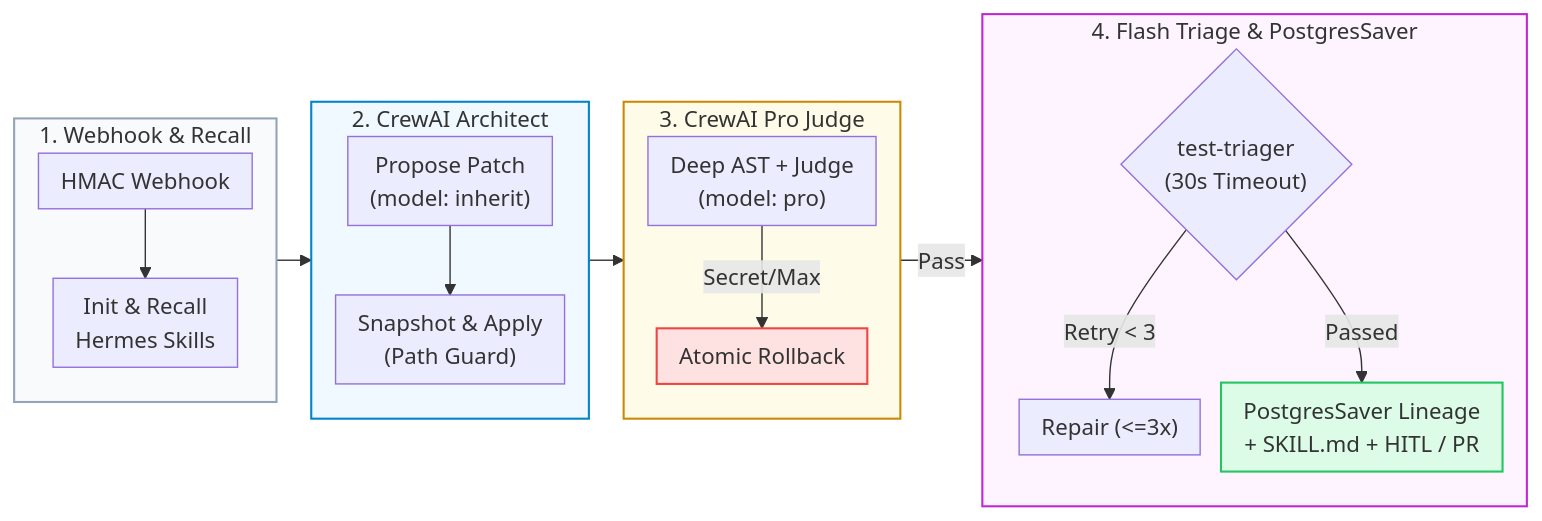
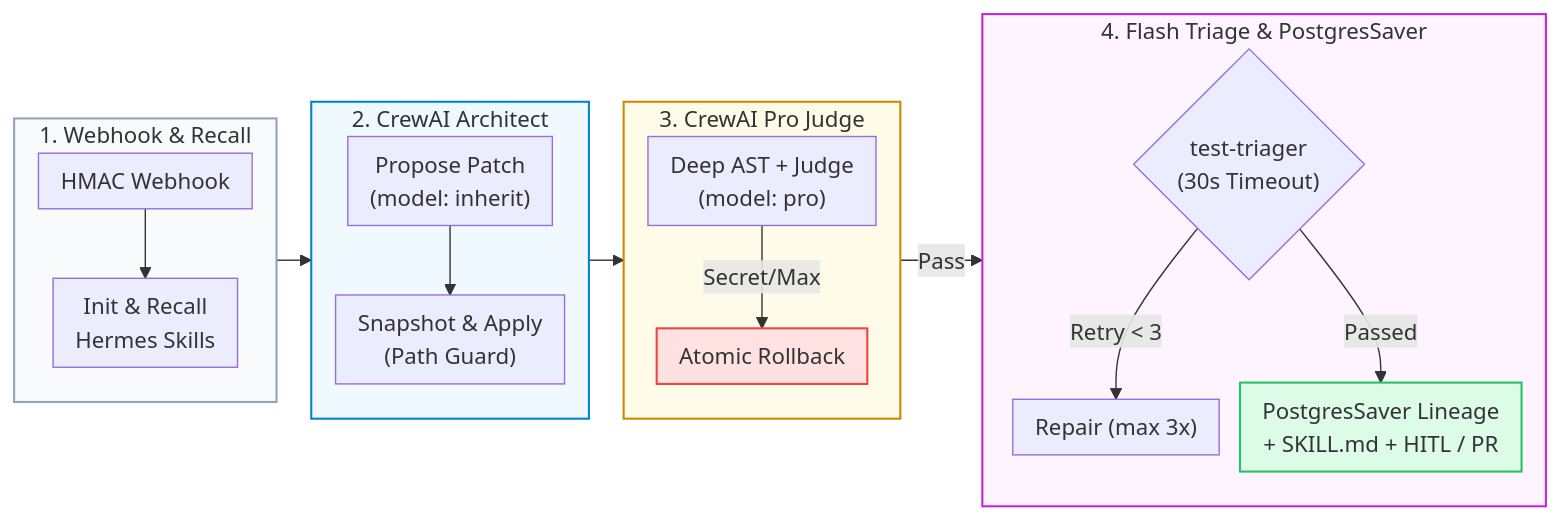
Before and after one commit to Kenono2000/enterprise-rag-pgvector-rbac: the sixth of 7 diagrams in README.md, drawn with Mermaid. The commit also changed other lines of this file and 4 other files, not shown here.

````diff
--- a/README.md
+++ b/README.md
@@ -157,28 +182,28 @@
 ```mermaid
 %%{init: {'flowchart': {'nodeSpacing': 15, 'rankSpacing': 25, 'padding': 8}}}%%
 flowchart LR
     subgraph Intake ["1. Webhook & Recall"]
         direction TB
         Hook["HMAC Webhook"] --> Init["Init & Recall<br/>Hermes Skills"]
     end
     subgraph Gen ["2. CrewAI Architect"]
         direction TB
         Propose["Propose Patch<br/>(model: inherit)"] --> Apply["Snapshot & Apply<br/>(Path Guard)"]
     end
     subgraph Audit ["3. CrewAI Pro Judge"]
         direction TB
         Inspect["Deep AST + Judge<br/>(model: pro)"] -->|Secret/Max| Reject["Atomic Rollback"]
     end
     subgraph Verify ["4. Flash Triage & PostgresSaver"]
         direction TB
-        Test{"test-triager<br/>(30s Timeout)"} -->|Retry < 3| Repair["Repair (<=3x)"]
+        Test{"test-triager<br/>(30s Timeout)"} -->|"Retry < 3"| Repair["Repair (max 3x)"]
         Test -->|Passed| Hermes["PostgresSaver Lineage<br/>+ SKILL.md + HITL / PR"]
     end
     Intake --> Gen --> Audit -->|Pass| Verify
     style Intake fill:#f8fafc,stroke:#94a3b8,stroke-width:1.5px
     style Gen fill:#f0f9ff,stroke:#0284c7,stroke-width:1.5px
     style Audit fill:#fefce8,stroke:#ca8a04,stroke-width:1.5px
     style Verify fill:#fdf4ff,stroke:#c026d3,stroke-width:1.5px
     style Reject fill:#fee2e2,stroke:#ef4444,stroke-width:1.5px
     style Hermes fill:#dcfce7,stroke:#22c55e,stroke-width:1.5px
 ```
````
